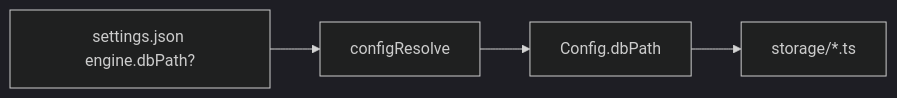
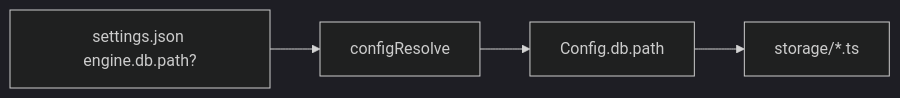
One commit to ex3ndr/daycare changed the third of 4 diagrams in doc/internals/config.md. Above: the diagram before and after it, drawn with Mermaid (dark theme). The commit also changed other lines of this file and 16 other files, not shown here.

Commit message:
refactor(config): move database settings under engine.db

````diff
--- a/doc/internals/config.md
+++ b/doc/internals/config.md
@@ -50,6 +50,6 @@
 ```mermaid
 flowchart LR
-  Settings[settings.json engine.dbPath?] --> Resolve[configResolve]
-  Resolve --> DBPath[Config.dbPath]
+  Settings[settings.json engine.db.path?] --> Resolve[configResolve]
+  Resolve --> DBPath[Config.db.path]
   DBPath --> Storage[storage/*.ts]
 ```
````
